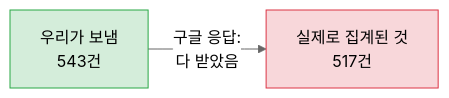
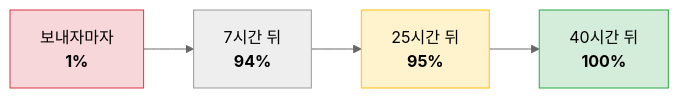
Before and after one commit to http1220/touchpoint: the third of 6 diagrams in README.md, drawn with Mermaid (neutral theme). The commit also changed other lines of this file and 7 other files, not shown here.

````diff
--- a/README.md
+++ b/README.md
@@ -62,6 +62,7 @@
 ```mermaid
 flowchart LR
-    S["우리가 보냄<br/>543건"] -->|"구글 응답:<br/>다 받았음"| R["실제로 집계된 것<br/>517건"]
-    style S fill:#d4edda,stroke:#28a745
-    style R fill:#f8d7da,stroke:#dc3545
+    T0["보내자마자<br/><b>1%</b>"] --> T1["7시간 뒤<br/><b>94%</b>"] --> T2["25시간 뒤<br/><b>95%</b>"] --> T3["40시간 뒤<br/><b>100%</b>"]
+    style T0 fill:#f8d7da,stroke:#dc3545
+    style T2 fill:#fff3cd,stroke:#ffc107
+    style T3 fill:#d4edda,stroke:#28a745
 ```
````
